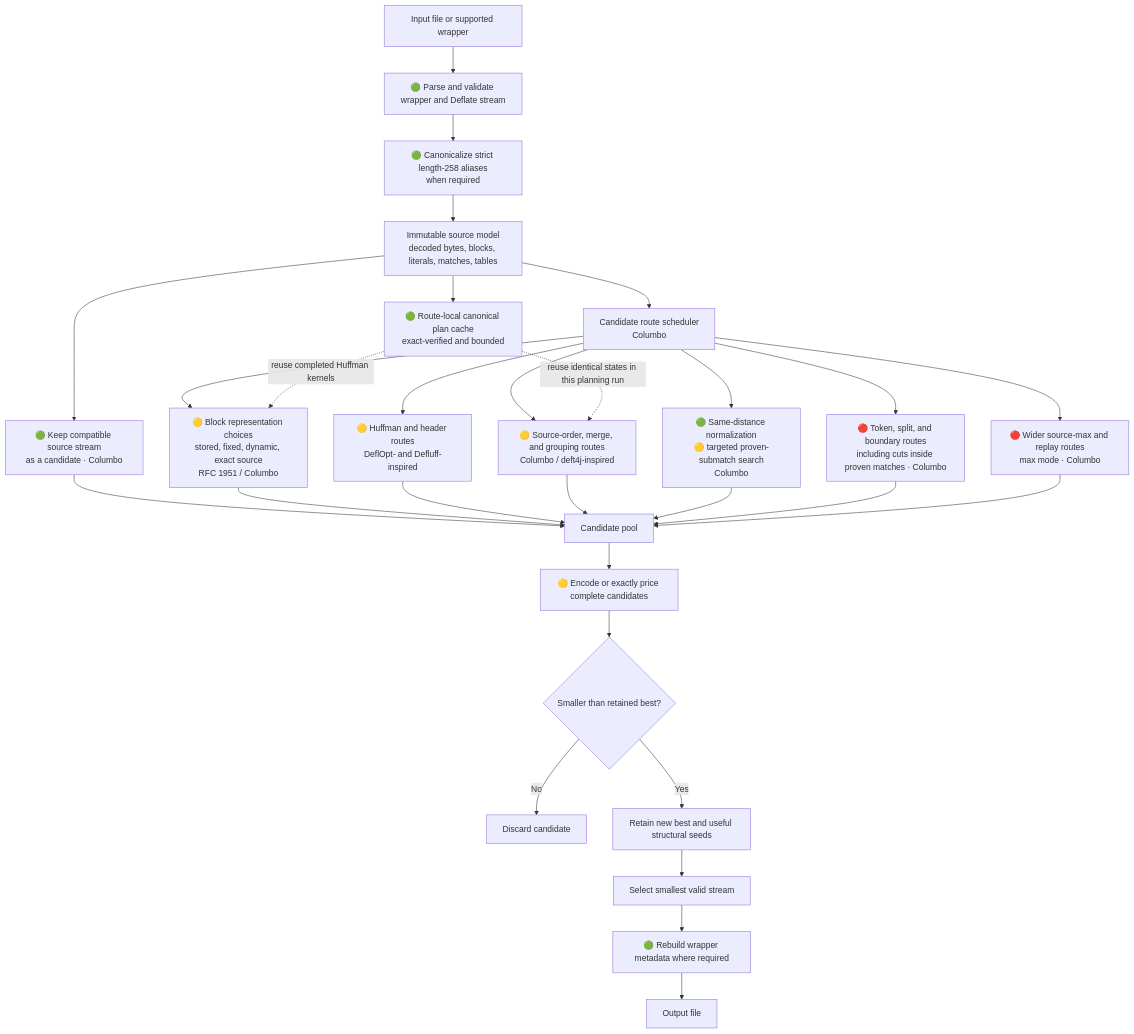
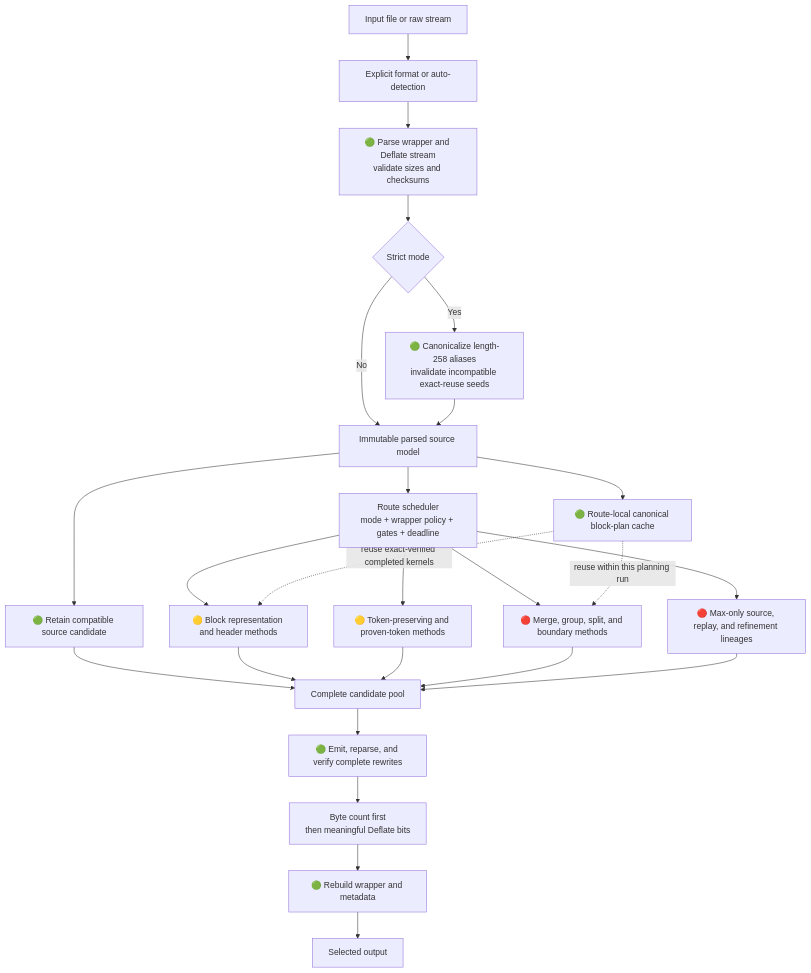
The first of 6 diagrams in docs/routes-and-methods.md (ace-dent/columbo), drawn with Mermaid before and after one commit. The commit also changed other lines of this file, not shown here.

First line of the commit message:
docs: Update routes and methods

````diff
--- a/docs/routes-and-methods.md
+++ b/docs/routes-and-methods.md
@@ -29,36 +45,30 @@
 ```mermaid
 flowchart TD
-    IN["Input file or supported wrapper"] --> PARSE["🟢 Parse and validate wrapper and Deflate stream"]
-    PARSE --> NORMALIZE["🟢 Canonicalize strict length-258 aliases<br/>when required"]
-    NORMALIZE --> MODEL["Immutable source model<br/>decoded bytes, blocks, literals, matches, tables"]
+    IN["Input file or raw stream"] --> DETECT["Explicit format or auto-detection"]
+    DETECT --> PARSE["🟢 Parse wrapper and Deflate stream<br/>validate sizes and checksums"]
+    PARSE --> STRICT{"Strict mode"}
+    STRICT -- "Yes" --> NORMALIZE["🟢 Canonicalize length-258 aliases<br/>invalidate incompatible exact-reuse seeds"]
+    STRICT -- "No" --> MODEL["Immutable parsed source model"]
+    NORMALIZE --> MODEL
 
-    MODEL --> ORIGINAL["🟢 Keep compatible source stream<br/>as a candidate · Columbo"]
-    MODEL --> SCHED["Candidate route scheduler<br/>Columbo"]
+    MODEL --> ORIGINAL["🟢 Retain compatible source candidate"]
+    MODEL --> SCHEDULE["Route scheduler<br/>mode + wrapper policy + gates + deadline"]
+    SCHEDULE --> BLOCK["🟡 Block representation and header methods"]
+    SCHEDULE --> TOKEN["🟡 Token-preserving and proven-token methods"]
+    SCHEDULE --> STRUCTURE["🔴 Merge, group, split, and boundary methods"]
+    SCHEDULE --> MAX["🔴 Max-only source, replay, and refinement lineages"]
 
-    SCHED --> REPRESENT["🟡 Block representation choices<br/>stored, fixed, dynamic, exact source<br/>RFC 1951 / Columbo"]
-    SCHED --> HEADER["🟡 Huffman and header routes<br/>DeflOpt- and Defluff-inspired"]
-    SCHED --> TOKEN["🟢 Same-distance normalization<br/>🟡 targeted proven-submatch search<br/>Columbo"]
-    SCHED --> SOURCE["🟡 Source-order, merge, and grouping routes<br/>Columbo / deft4j-inspired"]
-    SCHED --> BOUNDARY["🔴 Token, split, and boundary routes<br/>including cuts inside proven matches · Columbo"]
-    SCHED --> MAX["🔴 Wider source-max and replay routes<br/>max mode · Columbo"]
+    MODEL --> CACHE["🟢 Route-local canonical block-plan cache"]
+    CACHE -. "reuse exact-verified completed kernels" .-> BLOCK
+    CACHE -. "reuse within this planning run" .-> STRUCTURE
 
-    MODEL --> CACHE["🟢 Route-local canonical plan cache<br/>exact-verified and bounded"]
-    CACHE -. "reuse completed Huffman kernels" .-> REPRESENT
-    CACHE -. "reuse identical states in this planning run" .-> SOURCE
-
-    ORIGINAL --> POOL["Candidate pool"]
-    REPRESENT --> POOL
-    HEADER --> POOL
-    SOURCE --> POOL
+    ORIGINAL --> POOL["Complete candidate pool"]
+    BLOCK --> POOL
     TOKEN --> POOL
-    BOUNDARY --> POOL
+    STRUCTURE --> POOL
     MAX --> POOL
-
-    POOL --> PRICE["🟡 Encode or exactly price complete candidates"]
-    PRICE --> BEST{"Smaller than retained best?"}
-    BEST -- "No" --> DROP["Discard candidate"]
-    BEST -- "Yes" --> RETAIN["Retain new best and useful structural seeds"]
-    RETAIN --> FINAL["Select smallest valid stream"]
-    FINAL --> WRAP["🟢 Rebuild wrapper metadata where required"]
-    WRAP --> OUT["Output file"]
+    POOL --> VERIFY["🟢 Emit, reparse, and verify complete rewrites"]
+    VERIFY --> ORDER["Byte count first<br/>then meaningful Deflate bits"]
+    ORDER --> WRAP["🟢 Rebuild wrapper and metadata"]
+    WRAP --> OUT["Selected output"]
 ```
````
